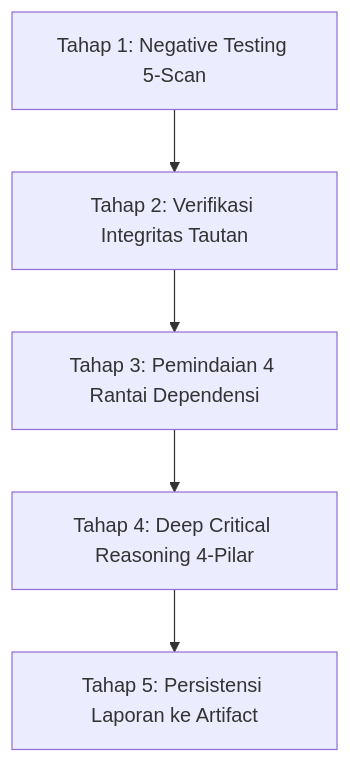
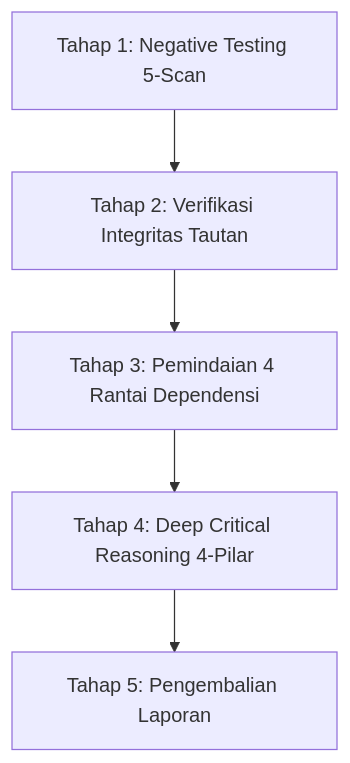
The diagram in .agents/skills/cross_check_docs/SKILL.md (adityaairlangga12/lentera-pudar-legacy-pre-r7), drawn with Mermaid before and after one commit. The commit also changed other lines of this file and 5 other files, not shown here.

````diff
--- a/.agents/skills/cross_check_docs/SKILL.md
+++ b/.agents/skills/cross_check_docs/SKILL.md
@@ -66,7 +66,7 @@
 ```mermaid
 flowchart TD
     T1["Tahap 1: Negative Testing 5-Scan"] --> T2["Tahap 2: Verifikasi Integritas Tautan"]
     T2 --> T3["Tahap 3: Pemindaian 4 Rantai Dependensi"]
     T3 --> T4["Tahap 4: Deep Critical Reasoning 4-Pilar"]
-    T4 --> T5["Tahap 5: Persistensi Laporan ke Artifact"]
+    T4 --> T5["Tahap 5: Pengembalian Laporan"]
 ```
````
